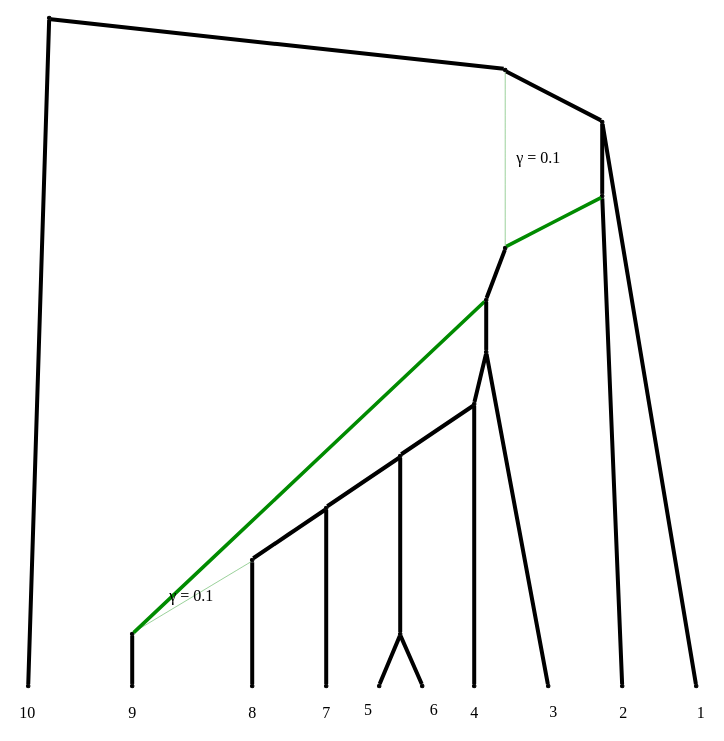
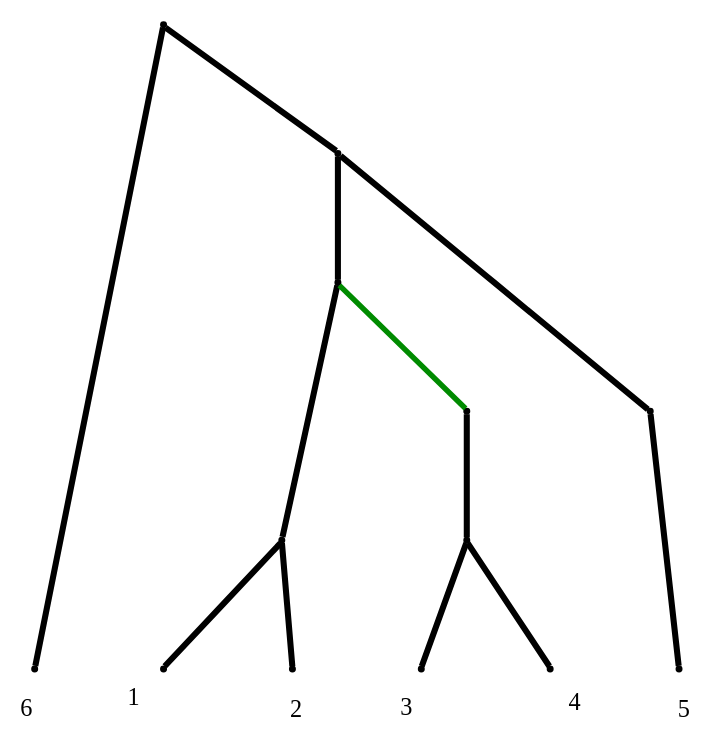
One commit to JuliaPhylo/PhyloNetworks.jl changed the diagram in visualization/drawCF.dot. Above: the diagram before and after it, drawn with Graphviz. The commit also changed 5 other files, not shown here.

Commit message:
Changed includeGamma to false by default

```diff
--- a/visualization/drawCF.dot
+++ b/visualization/drawCF.dot
@@ -1,110 +1,60 @@
 Graph Phylogeny { 
     labelloc=b 
     ratio="fill"; 
     size="6 ,8 !"; 
     nodesep=0.5; 
-    splines=line; 
+    splines=false; 
     edge [fontsize=16.0]; 
     node [shape = point] 
     rank=max -1 
-  mode = KK; 
-  epsilon = 0.01; 
-  subgraph    { 1 , 3 , 4 , 5 , 7 , 8 , 9 , 10 , 11 , 12 } 
+  subgraph    { 1 , 2 , 3 , 4 , 5 , 7 } 
     1 [label=1] [shape = point] 
+    2 [label=2] [shape = point] 
     3 [label=3] [shape = point] 
     4 [label=4] [shape = point] 
     5 [label=5] [shape = point] 
     7 [label=7] [shape = point] 
-    8 [label=8] [shape = point] 
-    9 [label=9] [shape = point] 
-    10 [label=10] [shape = point] 
-    11 [label=11] [shape = point] 
-    12 [label=12] [shape = point] 
  
      -1 -- 1
-                                  [headlabel=10]
+                                  [headlabel=6]
                                   [labeldistance=3.0]
                                   [labelangle=180.0]
                                   [penwidth=4]; 
      -1 -- -2
                                   [penwidth=4]; 
-   -2 -- 2
-                                  [color=green4]
-                                  [label=" &gamma; = 0.1"]
-                                  [labeldistance = 3.5]
-                                  [labelangle=45.0]
-                                  [penwidth=0.4]; 
      -2 -- -3
                                   [penwidth=4]; 
-     -3 -- 3
+     -3 -- -4
+                                  [penwidth=4]; 
+     -4 -- 2
                                   [headlabel=1]
                                   [labeldistance=3.0]
                                   [labelangle=180.0]
                                   [penwidth=4]; 
-     -3 -- -4
-                                  [penwidth=4]; 
-     -4 -- 4
+     -4 -- 3
                                   [headlabel=2]
                                   [labeldistance=3.0]
                                   [labelangle=180.0]
                                   [penwidth=4]; 
-   -4 -- 2
+   -3 -- 6
                                   [color=green4]
-                                  [penwidth=3.6]     2 -- -6
+                                  [penwidth=3.6]     6 -- -6
                                   [penwidth=4]; 
-   -6 -- 6
-                                  [color=green4]
-                                  [penwidth=3.6]     6 -- 5
-                                  [headlabel=9]
-                                  [labeldistance=3.0]
-                                  [labelangle=180.0]
-                                  [penwidth=4]; 
-     -6 -- -8
-                                  [penwidth=4]; 
-     -8 -- 7
+     -6 -- 4
                                   [headlabel=3]
                                   [labeldistance=3.0]
                                   [labelangle=180.0]
                                   [penwidth=4]; 
-     -8 -- -9
-                                  [penwidth=4]; 
-     -9 -- 8
+     -6 -- 5
                                   [headlabel=4]
                                   [labeldistance=3.0]
                                   [labelangle=180.0]
                                   [penwidth=4]; 
-     -9 -- -10
+     -2 -- -7
                                   [penwidth=4]; 
-     -10 -- -11
-                                  [penwidth=4]; 
-     -11 -- 9
+     -7 -- 7
                                   [headlabel=5]
                                   [labeldistance=3.0]
                                   [labelangle=180.0]
                                   [penwidth=4]; 
-     -11 -- 10
-                                  [headlabel=6]
-                                  [labeldistance=3.0]
-                                  [labelangle=180.0]
-                                  [penwidth=4]; 
-     -10 -- -12
-                                  [penwidth=4]; 
-     -12 -- 11
-                                  [headlabel=7]
-                                  [labeldistance=3.0]
-                                  [labelangle=180.0]
-                                  [penwidth=4]; 
-     -12 -- -13
-                                  [penwidth=4]; 
-     -13 -- 12
-                                  [headlabel=8]
-                                  [labeldistance=3.0]
-                                  [labelangle=180.0]
-                                  [penwidth=4]; 
-   -13 -- 6
-                                  [color=green4]
-                                  [label=" &gamma; = 0.1"]
-                                  [labeldistance = 3.5]
-                                  [labelangle=45.0]
-                                  [penwidth=0.4]; 
 }
```
